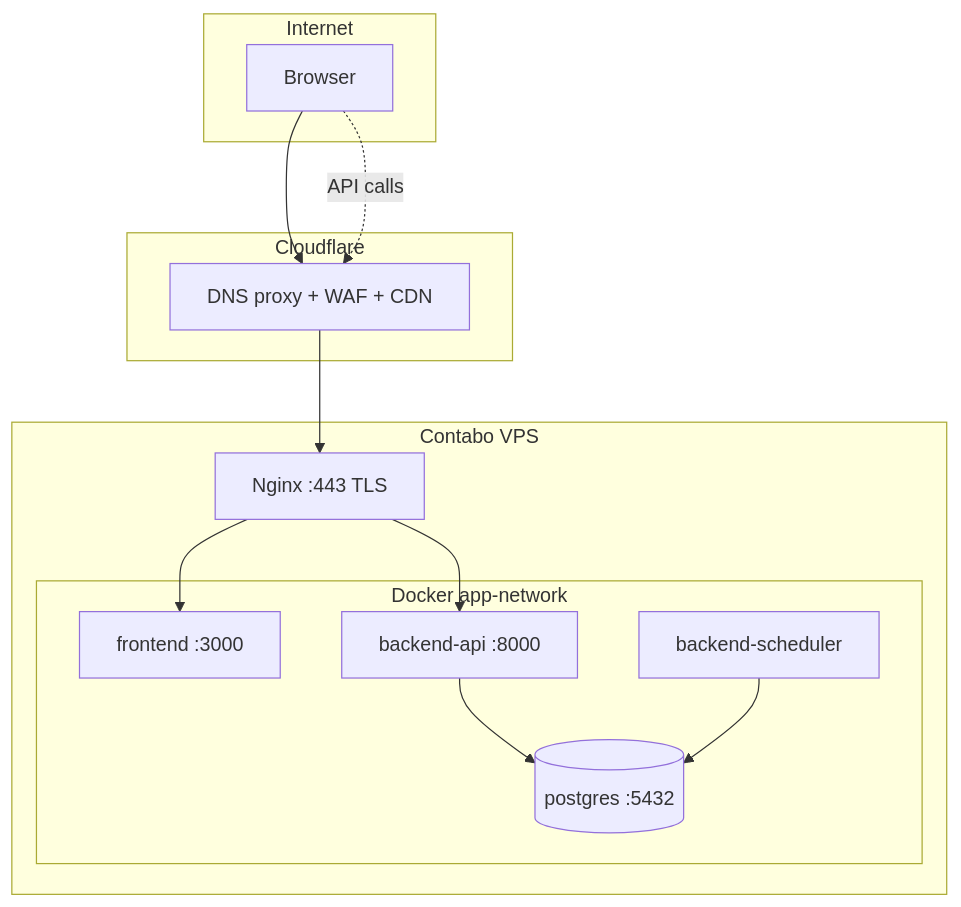
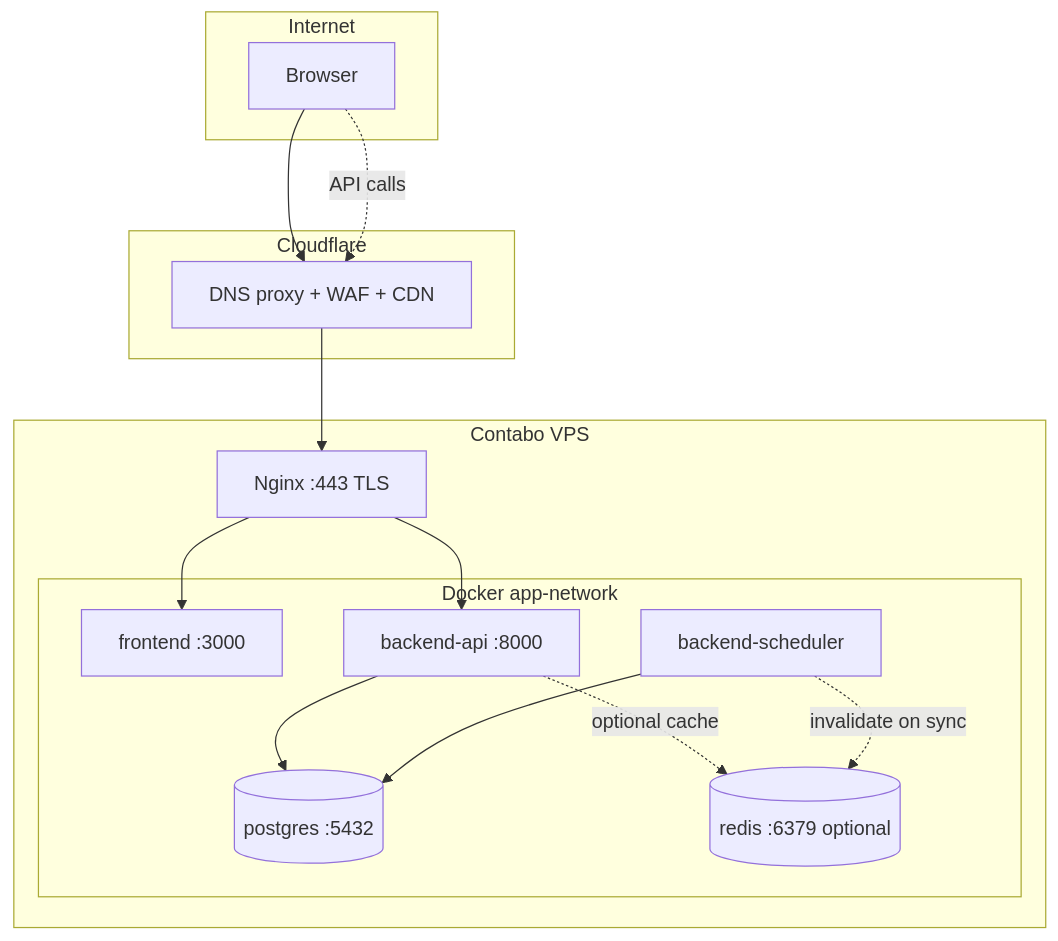
The first of 3 diagrams in backend/docs/deployment_architecture.md (Jrahimin/smart-stock), drawn with Mermaid before and after one commit. The commit also changed other lines of this file and 25 other files, not shown here.

````diff
--- a/backend/docs/deployment_architecture.md
+++ b/backend/docs/deployment_architecture.md
@@ -24,29 +24,32 @@
 ```mermaid
 flowchart TB
     subgraph internet [Internet]
         Browser[Browser]
     end
 
     subgraph cloudflare [Cloudflare]
         CF[DNS proxy + WAF + CDN]
     end
 
     subgraph vps [Contabo VPS]
         Nginx[Nginx :443 TLS]
 
         subgraph docker [Docker app-network]
             FE[frontend :3000]
             API[backend-api :8000]
             SCH[backend-scheduler]
             PG[(postgres :5432)]
+            RD[(redis :6379 optional)]
         end
     end
 
     Browser --> CF
     CF --> Nginx
     Nginx --> FE
     Nginx --> API
     API --> PG
+    API -.->|optional cache| RD
     SCH --> PG
+    SCH -.->|invalidate on sync| RD
     Browser -.->|API calls| CF
 ```
````
